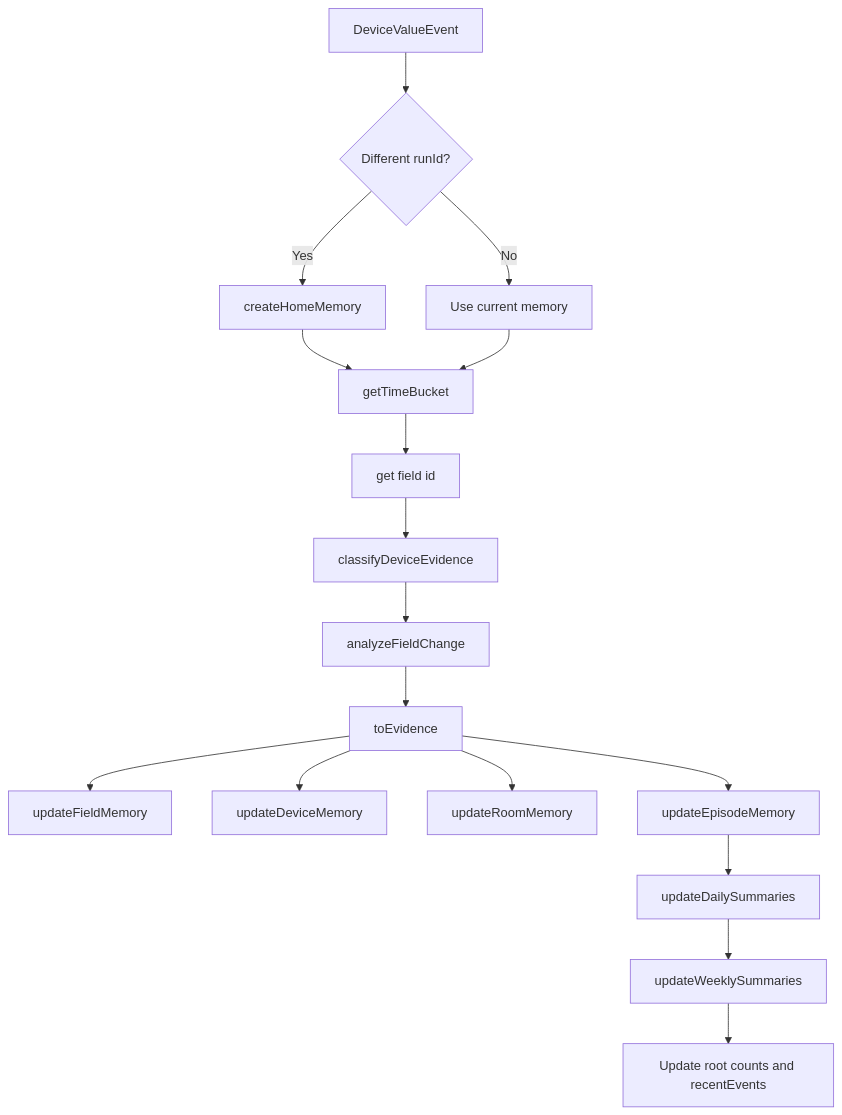
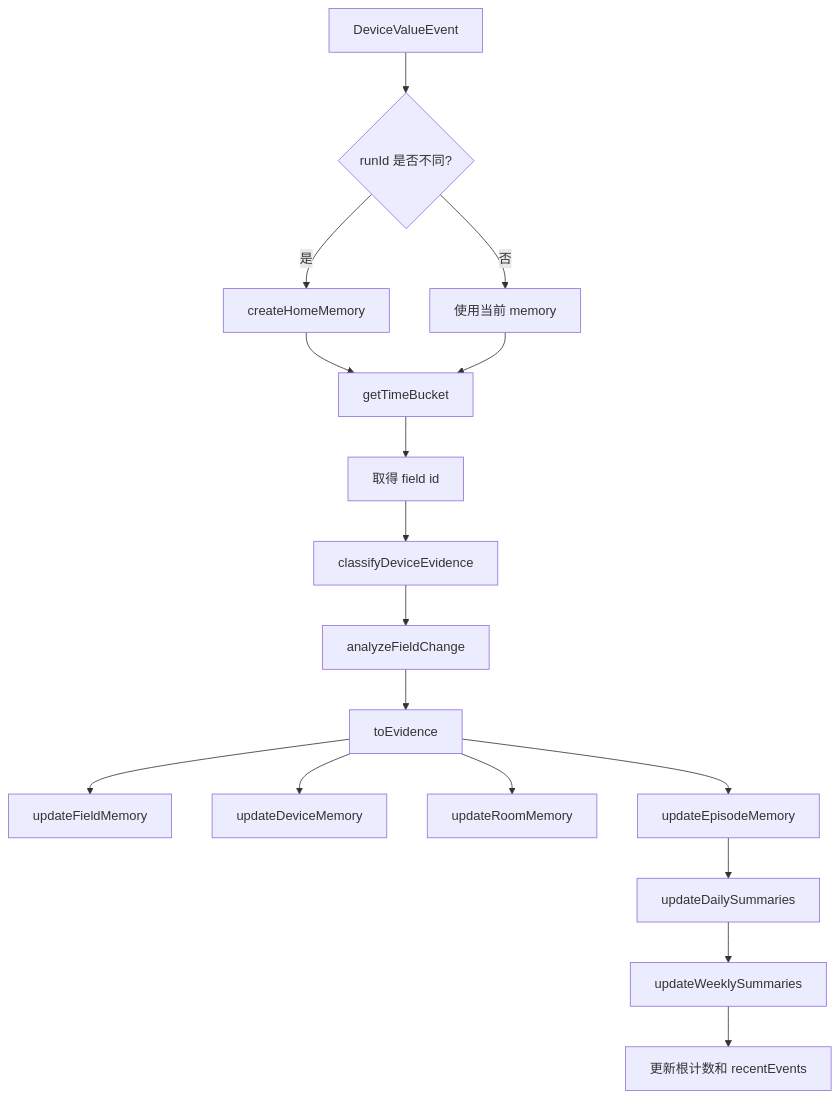
Before and after one commit to SudoJacky/VirtualHome: the second of 6 diagrams in docs/home-memory-processing-flow.md, drawn with Mermaid. The commit also changed other lines of this file and 2 other files, not shown here.

Commit message:
docs: translate flow docs to Chinese

````diff
--- a/docs/home-memory-processing-flow.md
+++ b/docs/home-memory-processing-flow.md
@@ -60,19 +60,19 @@
 ```mermaid
 flowchart TD
-  Input[DeviceValueEvent] --> RunCheck{Different runId?}
-  RunCheck -->|Yes| Reset[createHomeMemory]
-  RunCheck -->|No| Existing[Use current memory]
+  Input[DeviceValueEvent] --> RunCheck{runId 是否不同?}
+  RunCheck -->|是| Reset[createHomeMemory]
+  RunCheck -->|否| Existing[使用当前 memory]
   Reset --> Bucket[getTimeBucket]
   Existing --> Bucket
-  Bucket --> FieldId[get field id]
+  Bucket --> FieldId[取得 field id]
   FieldId --> Classify[classifyDeviceEvidence]
   Classify --> Change[analyzeFieldChange]
   Change --> Evidence[toEvidence]
   Evidence --> Field[updateFieldMemory]
   Evidence --> Device[updateDeviceMemory]
   Evidence --> Room[updateRoomMemory]
   Evidence --> Episode[updateEpisodeMemory]
   Episode --> Daily[updateDailySummaries]
   Daily --> Weekly[updateWeeklySummaries]
-  Weekly --> Root[Update root counts and recentEvents]
+  Weekly --> Root[更新根计数和 recentEvents]
 ```
````
